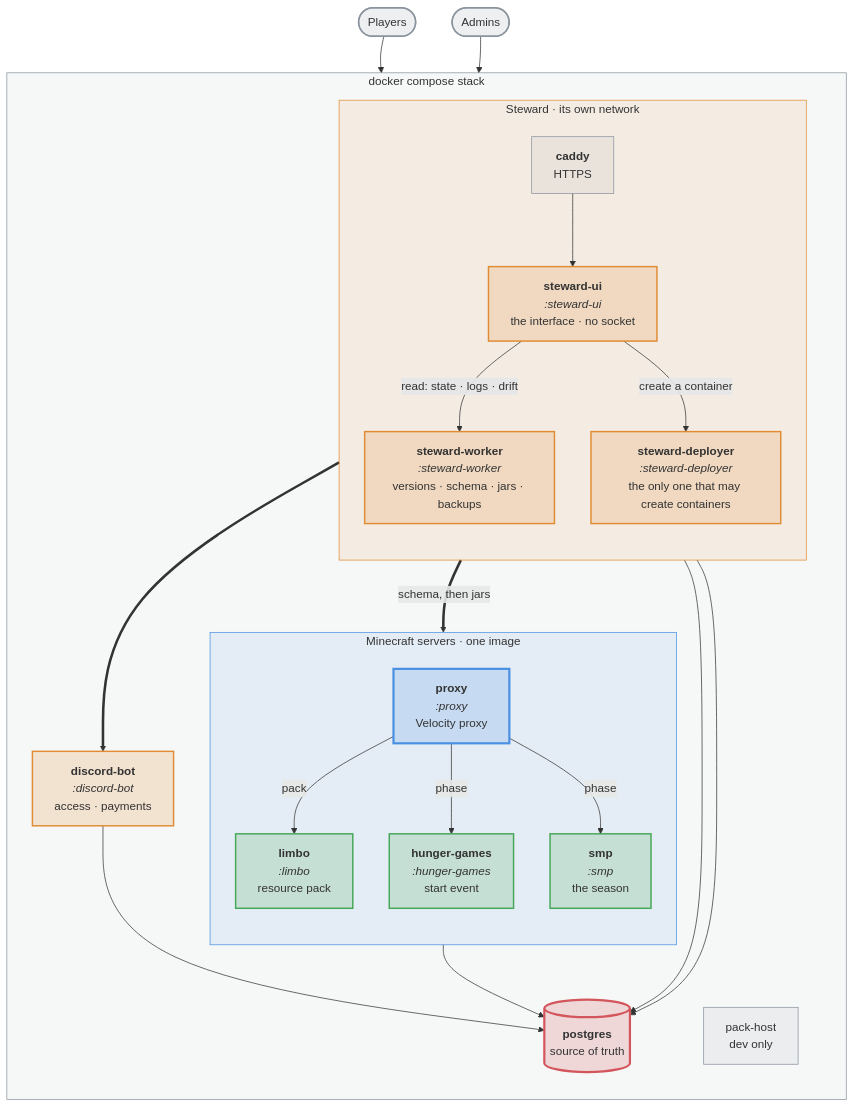
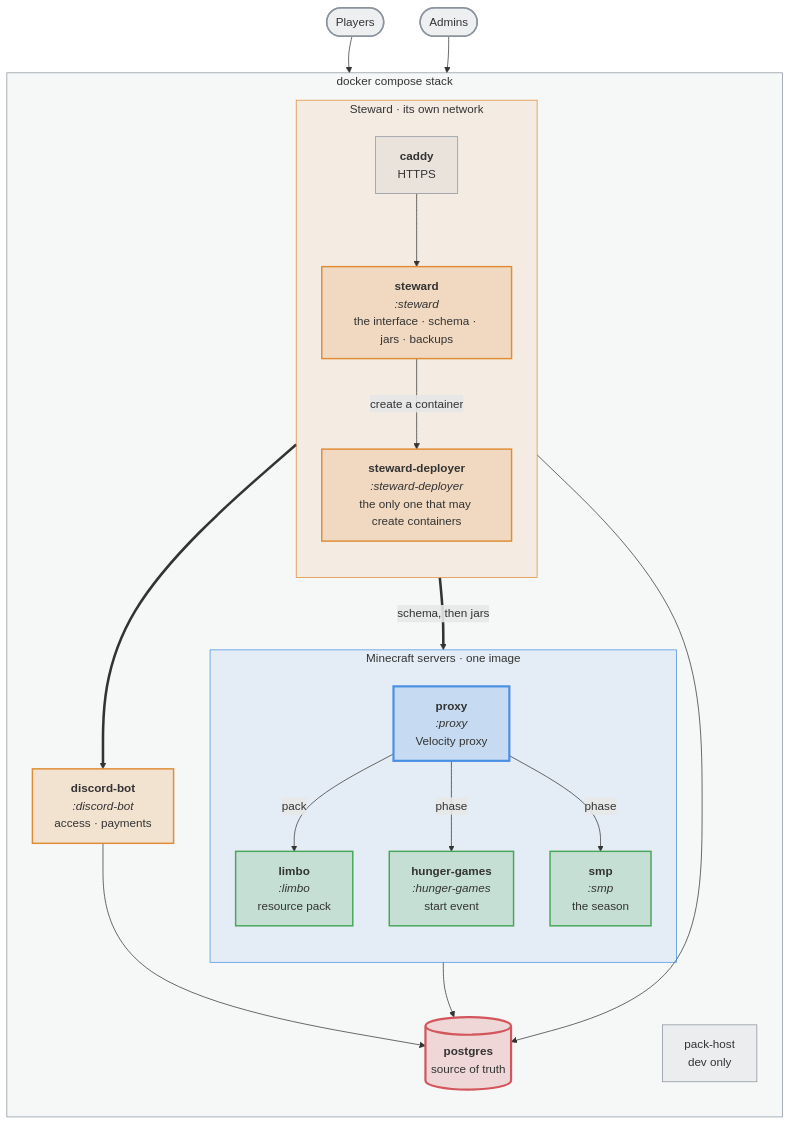
One commit to nordtal/season-2 changed the diagram in README.md. Above: the diagram before and after it, drawn with Mermaid. The commit also changed other lines of this file and 1024 other files, not shown here.

````diff
--- a/README.md
+++ b/README.md
@@ -25,51 +25,48 @@
 ```mermaid
 %%{init: {'themeVariables': {'fontSize': '16px'}}}%%
 flowchart TB
     players(["Players"]):::ext --> NC
 
     subgraph stack["docker compose stack"]
         direction TB
         subgraph steward["Steward · its own network"]
             direction TB
             CADDY["<b>caddy</b><br/>HTTPS"]:::side
-            UI["<b>steward-ui</b><br/><i>:steward-ui</i><br/>the interface · no socket"]:::app
-            UPD["<b>steward-worker</b><br/><i>:steward-worker</i><br/>versions · schema · jars · backups"]:::app
+            UPD["<b>steward</b><br/><i>:steward</i><br/>the interface · schema · jars · backups"]:::app
             DEP["<b>steward-deployer</b><br/><i>:steward-deployer</i><br/>the only one that may create containers"]:::app
         end
         subgraph servers["Minecraft servers · one image"]
             direction TB
             NC["<b>proxy</b><br/><i>:proxy</i><br/>Velocity proxy"]:::proxy
             LIMBO["<b>limbo</b><br/><i>:limbo</i><br/>resource pack"]:::paper
             HG["<b>hunger-games</b><br/><i>:hunger-games</i><br/>start event"]:::paper
             SMP["<b>smp</b><br/><i>:smp</i><br/>the season"]:::paper
         end
         BOT["<b>discord-bot</b><br/><i>:discord-bot</i><br/>access · payments"]:::app
         PG[("<b>postgres</b><br/>source of truth")]:::db
         PACKHOST["pack-host<br/>dev only"]:::side
     end
 
     admins(["Admins"]):::ext --> CADDY
     players ~~~ UPD
-    CADDY --> UI
-    UI -->|"read: state · logs · drift"| UPD
-    UI -->|"create a container"| DEP
+    CADDY --> UPD
+    UPD -->|"create a container"| DEP
     UPD ==>|"schema, then jars"| servers
     UPD ==> BOT
     NC -->|"pack"| LIMBO
     NC -->|"phase"| HG
     NC -->|"phase"| SMP
     servers --> PG
     BOT --> PG
     UPD --> PG
-    UI --> PG
 
     classDef ext fill:#8b949e26,stroke:#8b949e,stroke-width:2px
     classDef proxy fill:#4a90e233,stroke:#4a90e2,stroke-width:3px
     classDef paper fill:#46a75833,stroke:#46a758,stroke-width:2px
     classDef app fill:#e08c3433,stroke:#e08c34,stroke-width:2px
     classDef db fill:#d2565b33,stroke:#d2565b,stroke-width:3px
     classDef side fill:#8b949e1a,stroke:#8b949e,stroke-width:1px
     style stack fill:#8b949e14,stroke:#8b949e,stroke-width:1px
     style servers fill:#4a90e21a,stroke:#4a90e2,stroke-width:1px
     style steward fill:#e08c341a,stroke:#e08c34,stroke-width:1px
 ```
````
